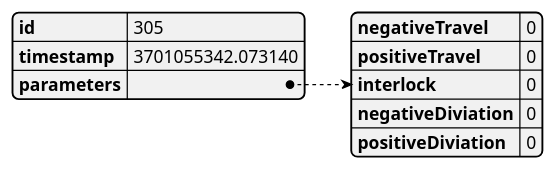
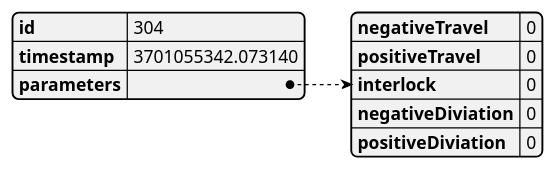
Before and after one commit to lsst-ts/ts_tma_tma-documentation_pxi-controller_documentation: diagram 43 of 43 in 02 CommandsAndEventsManagement/03 Events.md, drawn with PlantUML. The commit also changed other lines of this file, not shown here.

````diff
--- a/02 CommandsAndEventsManagement/03 Events.md
+++ b/02 CommandsAndEventsManagement/03 Events.md
@@ -645,5 +750,5 @@
 ``` plantuml
 @startjson
-{"id":305,"timestamp":3701055342.073140,"parameters":{"negativeTravel":0,"positiveTravel":0,"interlock":0,"negativeDiviation":0,"positiveDiviation":0}}
+{"id":304,"timestamp":3701055342.073140,"parameters":{"negativeTravel":0,"positiveTravel":0,"interlock":0,"negativeDiviation":0,"positiveDiviation":0}}
 @endjson
 ```
````
